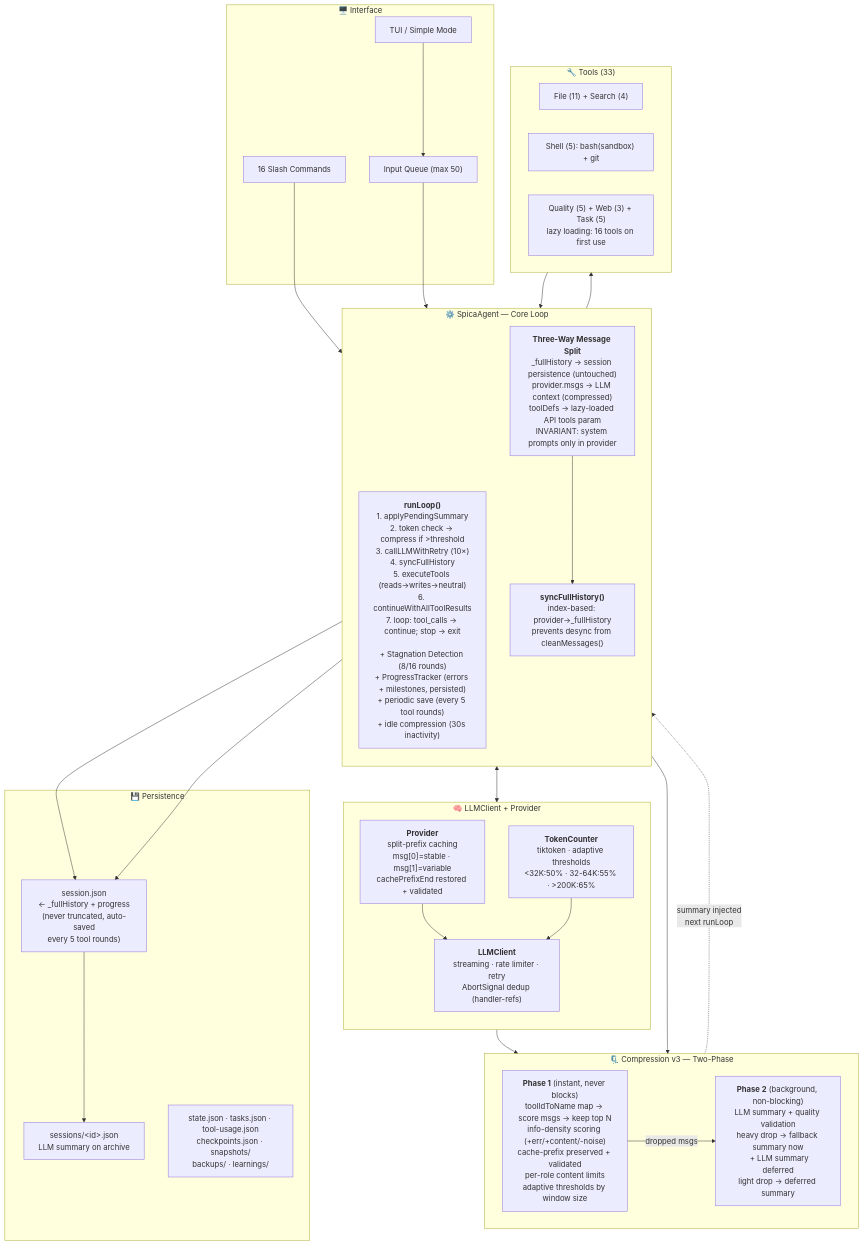
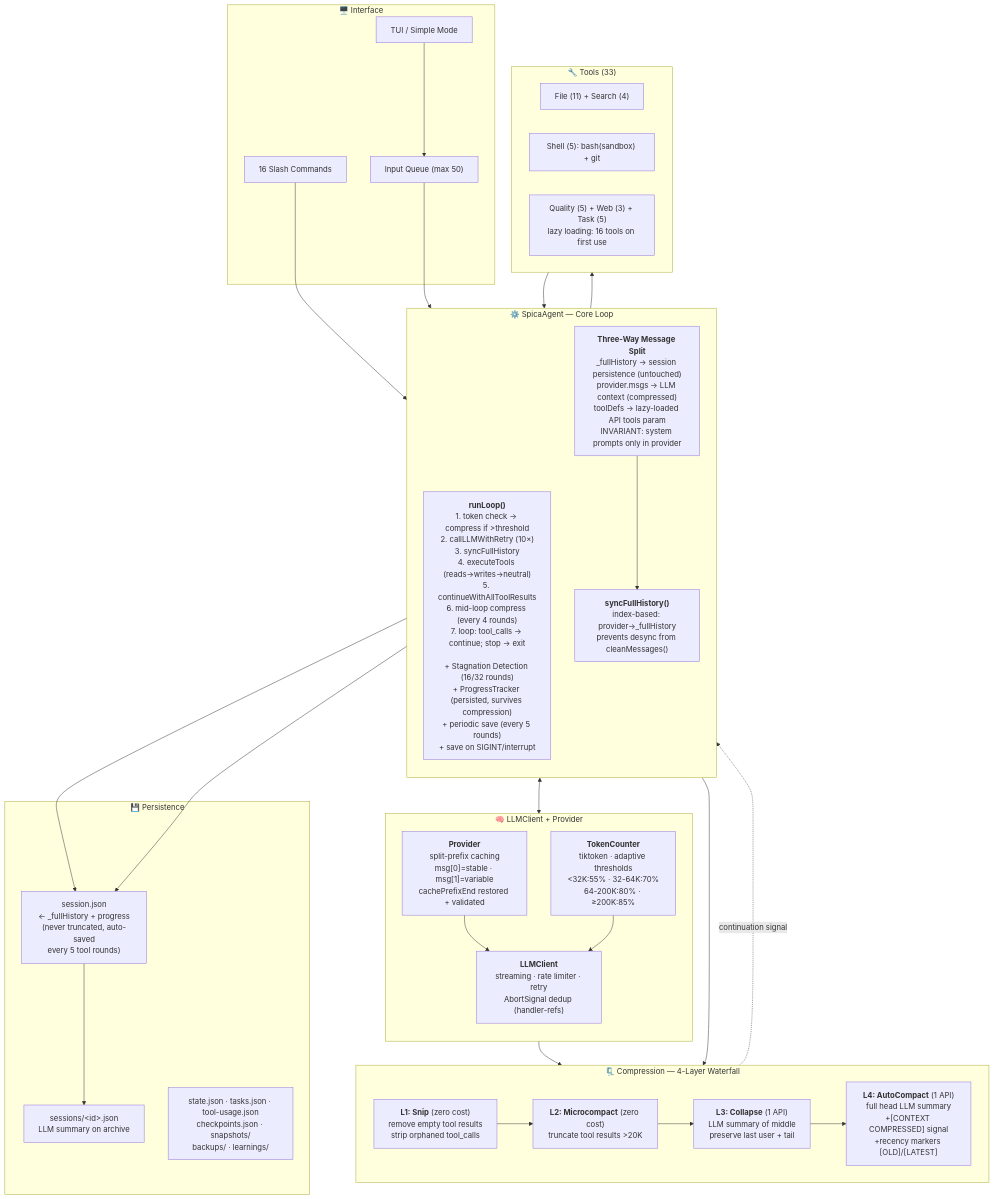
One commit to linnin233/spica-cli changed the diagram in docs/architecture-simplified.mermaid. Above: the diagram before and after it, drawn with Mermaid. The commit also changed 4 other files, not shown here.

First line of the commit message:
docs: update architecture diagrams + READMEs for current codebase

```diff
--- a/docs/architecture-simplified.mermaid
+++ b/docs/architecture-simplified.mermaid
@@ -1,65 +1,67 @@
 graph TB
     %% ═══════════════════════════════════════════════════════
     %% spica-cli Architecture — Simplified Version
     %% Focus: core data flows, key invariants, compression lifecycle
-    %% Updated 2026-06-14 after audit (27 issues resolved: timeouts removed, streaming fixed, todo display fixed, finished-based completion removed)
+    %% Updated 2026-06-16: 4-layer waterfall, recency markers, multi-skill, interrupt fixes
     %% ═══════════════════════════════════════════════════════
 
     subgraph UI["🖥️ Interface"]
         TUI["TUI / Simple Mode"]
         CMD["16 Slash Commands"]
         IQ["Input Queue (max 50)"]
     end
 
     subgraph AGENT["⚙️ SpicaAgent — Core Loop"]
         direction TB
-        LOOP["<b>runLoop()</b><br/>1. applyPendingSummary<br/>2. token check → compress if >threshold<br/>3. callLLMWithRetry (10×)<br/>4. syncFullHistory<br/>5. executeTools (reads→writes→neutral)<br/>6. continueWithAllToolResults<br/>7. loop: tool_calls → continue; stop → exit<br/><br/>+ Stagnation Detection (8/16 rounds)<br/>+ ProgressTracker (errors + milestones, persisted)<br/>+ periodic save (every 5 tool rounds)<br/>+ idle compression (30s inactivity)"]
+        LOOP["<b>runLoop()</b><br/>1. token check → compress if >threshold<br/>2. callLLMWithRetry (10×)<br/>3. syncFullHistory<br/>4. executeTools (reads→writes→neutral)<br/>5. continueWithAllToolResults<br/>6. mid-loop compress (every 4 rounds)<br/>7. loop: tool_calls → continue; stop → exit<br/><br/>+ Stagnation Detection (16/32 rounds)<br/>+ ProgressTracker (persisted, survives compression)<br/>+ periodic save (every 5 rounds)<br/>+ save on SIGINT/interrupt"]
         MSG["<b>Three-Way Message Split</b><br/>_fullHistory → session persistence (untouched)<br/>provider.msgs → LLM context (compressed)<br/>toolDefs → lazy-loaded API tools param<br/>INVARIANT: system prompts only in provider"]
         SYNC["<b>syncFullHistory()</b><br/>index-based: provider→_fullHistory<br/>prevents desync from cleanMessages()"]
     end
 
-    subgraph COMPRESS["🗜️ Compression v3 — Two-Phase"]
+    subgraph COMPRESS["🗜️ Compression — 4-Layer Waterfall"]
         direction LR
-        P1["<b>Phase 1</b> (instant, never blocks)<br/>toolIdToName map → score msgs → keep top N<br/>info-density scoring (+err/+content/-noise)<br/>cache-prefix preserved + validated<br/>per-role content limits<br/>adaptive thresholds by window size"]
-        P2["<b>Phase 2</b> (background, non-blocking)<br/>LLM summary + quality validation<br/>heavy drop → fallback summary now<br/>  + LLM summary deferred<br/>light drop → deferred summary"]
-        P1 -->|"dropped msgs"| P2
-        P2 -.->|"summary injected<br/>next runLoop"| LOOP
+        L1["<b>L1: Snip</b> (zero cost)<br/>remove empty tool results<br/>strip orphaned tool_calls"]
+        L2["<b>L2: Microcompact</b> (zero cost)<br/>truncate tool results >20K"]
+        L3["<b>L3: Collapse</b> (1 API)<br/>LLM summary of middle<br/>preserve last user + tail"]
+        L4["<b>L4: AutoCompact</b> (1 API)<br/>full head LLM summary<br/>+[CONTEXT COMPRESSED] signal<br/>+recency markers [OLD]/[LATEST]"]
+        L1 --> L2 --> L3 --> L4
+        L4 -.->|"continuation signal"| LOOP
     end
 
     subgraph LLM["🧠 LLMClient + Provider"]
         direction TB
         CLIENT["<b>LLMClient</b><br/>streaming · rate limiter · retry<br/>AbortSignal dedup (handler-refs)"]
         PROV["<b>Provider</b><br/>split-prefix caching<br/>msg[0]=stable · msg[1]=variable<br/>cachePrefixEnd restored + validated"]
-        TOKEN["<b>TokenCounter</b><br/>tiktoken · adaptive thresholds<br/><32K:50% · 32-64K:55% · >200K:65%"]
+        TOKEN["<b>TokenCounter</b><br/>tiktoken · adaptive thresholds<br/><32K:55% · 32-64K:70%<br/>64-200K:80% · ≥200K:85%"]
     end
 
     subgraph TOOLS["🔧 Tools (33)"]
         FILE["File (11) + Search (4)"]
         SHELL["Shell (5): bash(sandbox) + git"]
         QA["Quality (5) + Web (3) + Task (5)<br/>lazy loading: 16 tools on first use"]
     end
 
     subgraph STORAGE["💾 Persistence"]
         ACTIVE["session.json<br/>← _fullHistory + progress<br/>(never truncated, auto-saved<br/>every 5 tool rounds)"]
         HIST["sessions/&lt;id&gt;.json<br/>LLM summary on archive"]
         OTHER["state.json · tasks.json · tool-usage.json<br/>checkpoints.json · snapshots/<br/>backups/ · learnings/"]
     end
 
     %% Edges
     TUI --> IQ
     CMD --> LOOP
     IQ --> LOOP
 
     LOOP <--> CLIENT
     PROV --> CLIENT
     TOKEN --> CLIENT
-    LOOP --> P1
-    TOKEN --> P1
+    LOOP --> L1
+    TOKEN --> L1
 
     LOOP --> TOOLS
     TOOLS --> LOOP
 
     MSG --> SYNC
     SYNC --> ACTIVE
     LOOP --> ACTIVE
     ACTIVE --> HIST
```
